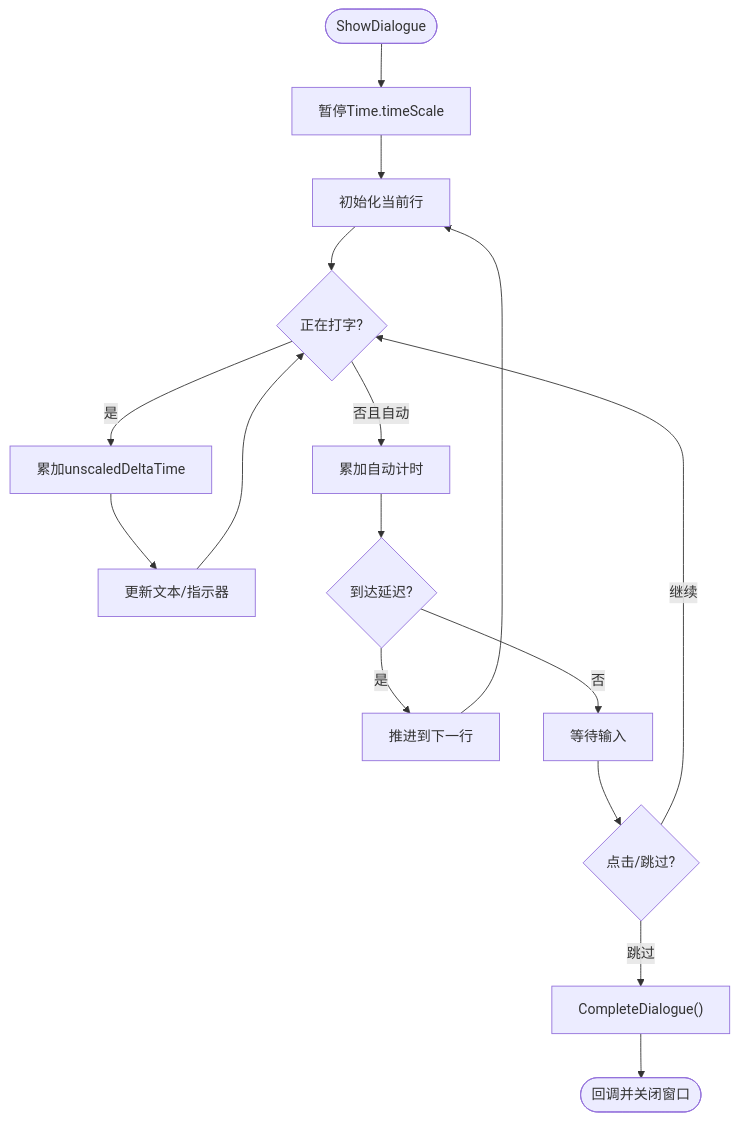
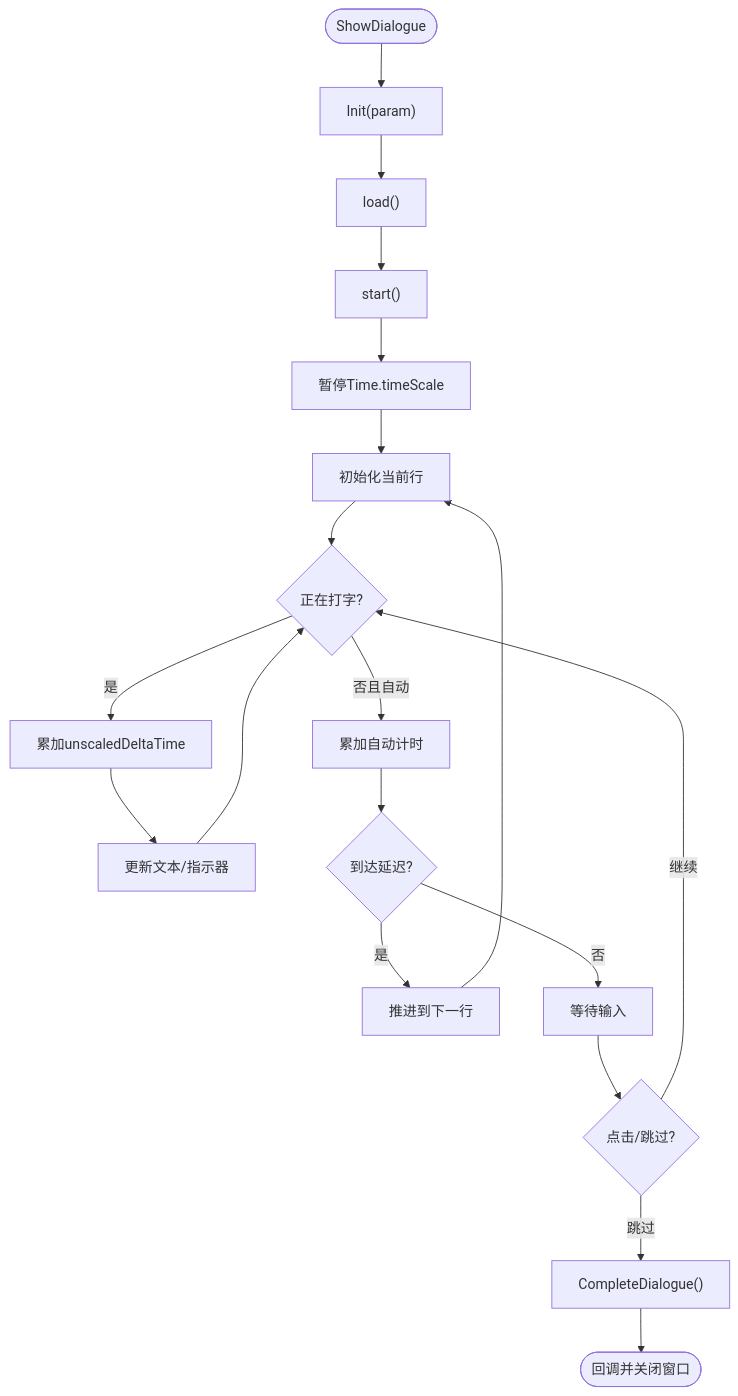
Before and after one commit to Tuusen/p1_client: the eighth of 9 diagrams in .qoder/repowiki/zh/content/用户界面系统/窗口管理系统.md, drawn with Mermaid. The commit also changed other lines of this file and 21 other files, not shown here.

````diff
--- a/.qoder/repowiki/zh/content/用户界面系统/窗口管理系统.md
+++ b/.qoder/repowiki/zh/content/用户界面系统/窗口管理系统.md
@@ -364,18 +411,21 @@
 ```mermaid
 flowchart TD
-Start(["ShowDialogue"]) --> Pause["暂停Time.timeScale"]
+Start(["ShowDialogue"]) --> InitParam["Init(param)"]
+InitParam --> LoadStage["load()"]
+LoadStage --> StartStage["start()"]
+StartStage --> Pause["暂停Time.timeScale"]
 Pause --> InitLine["初始化当前行"]
 InitLine --> Typing{"正在打字?"}
 Typing --> |是| Tick["累加unscaledDeltaTime"]
 Tick --> UpdateText["更新文本/指示器"]
 UpdateText --> Typing
 Typing --> |否且自动| AutoTick["累加自动计时"]
 AutoTick --> AutoAdvance{"到达延迟?"}
 AutoAdvance --> |是| NextLine["推进到下一行"]
 AutoAdvance --> |否| Wait["等待输入"]
 NextLine --> InitLine
 Wait --> Click{"点击/跳过?"}
 Click --> |跳过| Complete["CompleteDialogue()"]
 Click --> |继续| Typing
 Complete --> End(["回调并关闭窗口"])
 ```
````
